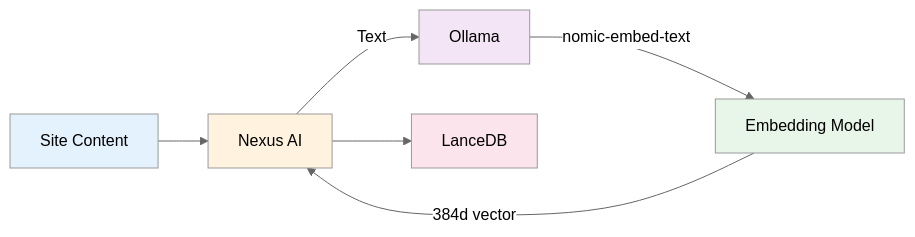
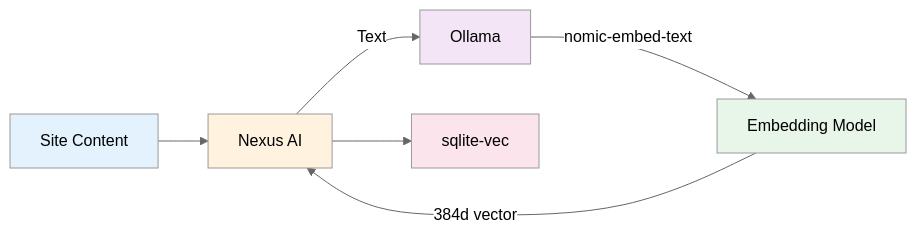
One commit to jpollock/local-addon-nexus-ai changed the diagram in docs-site/docs/integrations/ollama.md. Above: the diagram before and after it, drawn with Mermaid (neutral theme). The commit also changed 37 other files, not shown here.

First line of the commit message:
docs(site): the truth sweep — sqlite-vec everywhere, real counts, real tabs, ui-quick-start rewritten

````diff
--- a/docs-site/docs/integrations/ollama.md
+++ b/docs-site/docs/integrations/ollama.md
@@ -20,14 +20,14 @@
 ```mermaid
 graph LR
     A[Site Content] --> B[Nexus AI]
     B -->|Text| C[Ollama]
     C -->|nomic-embed-text| D[Embedding Model]
     D -->|384d vector| B
-    B --> E[LanceDB]
+    B --> E[sqlite-vec]
 
     style A fill:#e3f2fd
     style B fill:#fff3e0
     style C fill:#f3e5f5
     style D fill:#e8f5e9
     style E fill:#fce4ec
 ```
````
